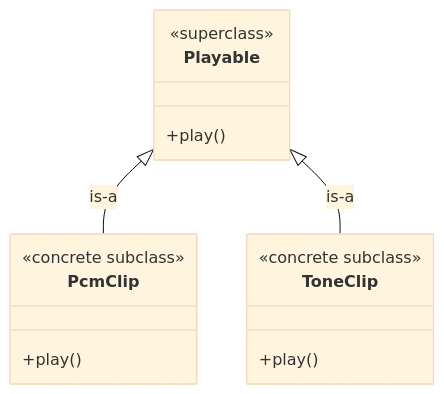
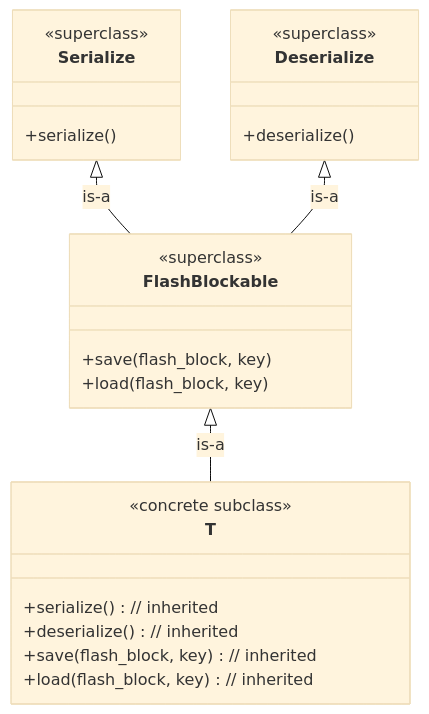
The diagram in examples/9_puzzle.md (CarlKCarlK/inherit), drawn with Mermaid (base theme) before and after one commit. The commit also changed other lines of this file and 3 other files, not shown here.

````diff
--- a/examples/9_puzzle.md
+++ b/examples/9_puzzle.md
@@ -5,22 +5,32 @@
 ```mermaid
 classDiagram
     direction TB
 
-    class Playable {
+    class FlashBlockable {
         <<superclass>>
-        +play()
+        +save(flash_block, key)
+        +load(flash_block, key)
     }
 
-    class PcmClip {
-        <<concrete subclass>>
-        +play()
+    class Serialize {
+        <<superclass>>
+        +serialize()
     }
 
-    class ToneClip {
-        <<concrete subclass>>
-        +play()
+    class Deserialize {
+        <<superclass>>
+        +deserialize()
     }
 
-    Playable <|-- PcmClip : is-a
-    Playable <|-- ToneClip : is-a
+    class T {
+        <<concrete subclass>>
+        +serialize() // inherited
+        +deserialize() // inherited
+        +save(flash_block, key) // inherited
+        +load(flash_block, key) // inherited
+    }
+
+    Serialize <|-- FlashBlockable : is-a
+    Deserialize <|-- FlashBlockable : is-a
+    FlashBlockable <|-- T : is-a
 ```
````
